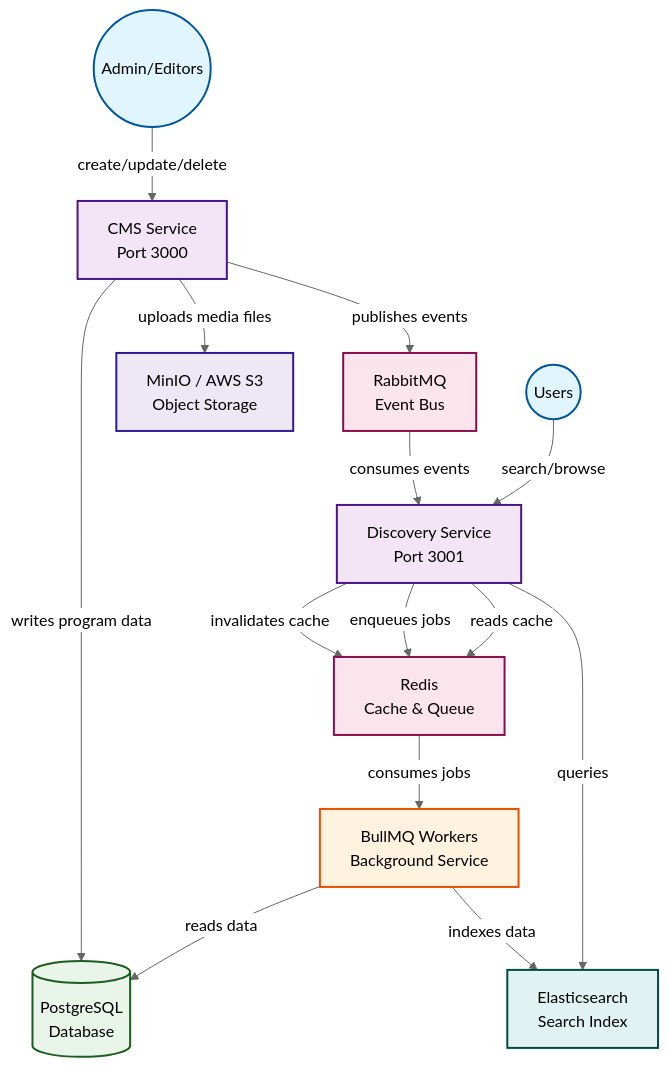
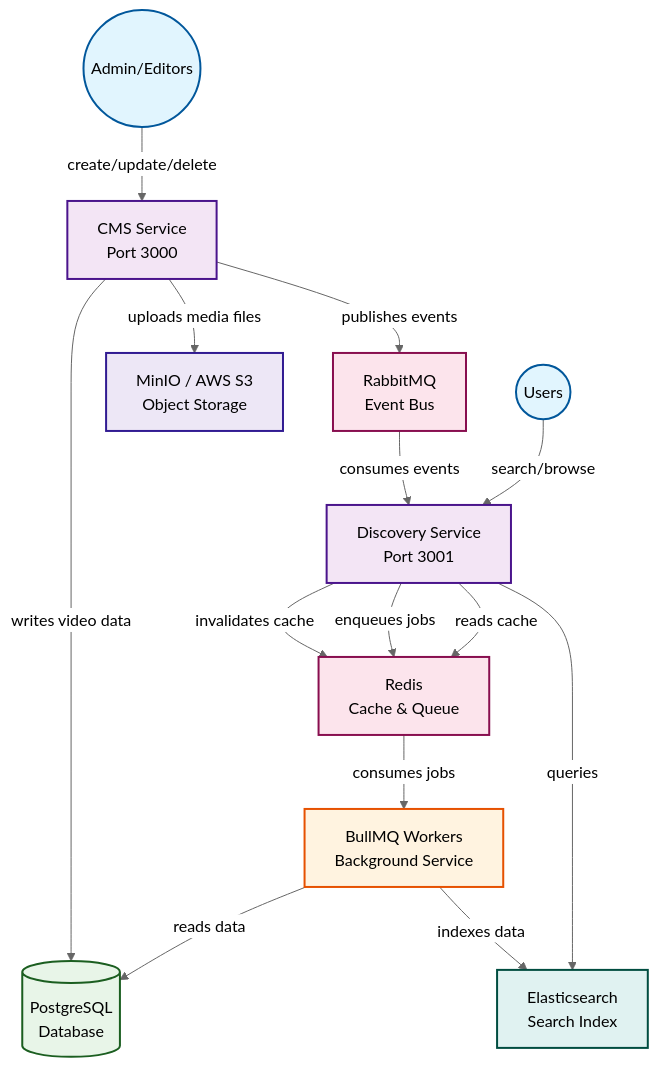
Before and after one commit to mhmdcs/octonyah-cms: the diagram in README.md, drawn with Mermaid (neutral theme). The commit also changed other lines of this file and 44 other files, not shown here.

````diff
--- a/README.md
+++ b/README.md
@@ -46,51 +46,51 @@
 ```mermaid
 flowchart TD
     %% Users
     I((Admin/Editors)):::actor
     U((Users)):::actor
 
     %% CMS System
     A[CMS Service<br/>Port 3000]:::service
     B[(PostgreSQL<br/>Database)]:::database
     M[MinIO / AWS S3<br/>Object Storage]:::storage
     
     I -->|create/update/delete| A
-    A -->|writes program data| B
+    A -->|writes video data| B
     A -->|uploads media files| M
     A -->|publishes events| C
 
     %% Event Bus
     C[RabbitMQ<br/>Event Bus]:::queue
     C -->|consumes events| D
 
     %% Discovery Service
     D[Discovery Service<br/>Port 3001]:::service
     D -->|invalidates cache| E
     D -->|enqueues jobs| E
 
     %% Cache & Queue
     E[Redis<br/>Cache & Queue]:::queue
     E -->|consumes jobs| F
 
     %% Background Worker
     F[BullMQ Workers<br/>Background Service]:::worker
     F -->|reads data| B
     F -->|indexes data| G
 
     %% Search Index
     G[Elasticsearch<br/>Search Index]:::search
     D -->|queries| G
     D -->|reads cache| E
 
     %% Discovery API
     U -->|search/browse| D
 
     %% Styling
     classDef actor fill:#e1f5fe,stroke:#01579b,stroke-width:2px,color:#000
     classDef service fill:#f3e5f5,stroke:#4a148c,stroke-width:2px,color:#000
     classDef database fill:#e8f5e8,stroke:#1b5e20,stroke-width:2px,color:#000
     classDef worker fill:#fff3e0,stroke:#e65100,stroke-width:2px,color:#000
     classDef queue fill:#fce4ec,stroke:#880e4f,stroke-width:2px,color:#000
     classDef search fill:#e0f2f1,stroke:#004d40,stroke-width:2px,color:#000
     classDef storage fill:#ede7f6,stroke:#311b92,stroke-width:2px,color:#000
 ```
````
